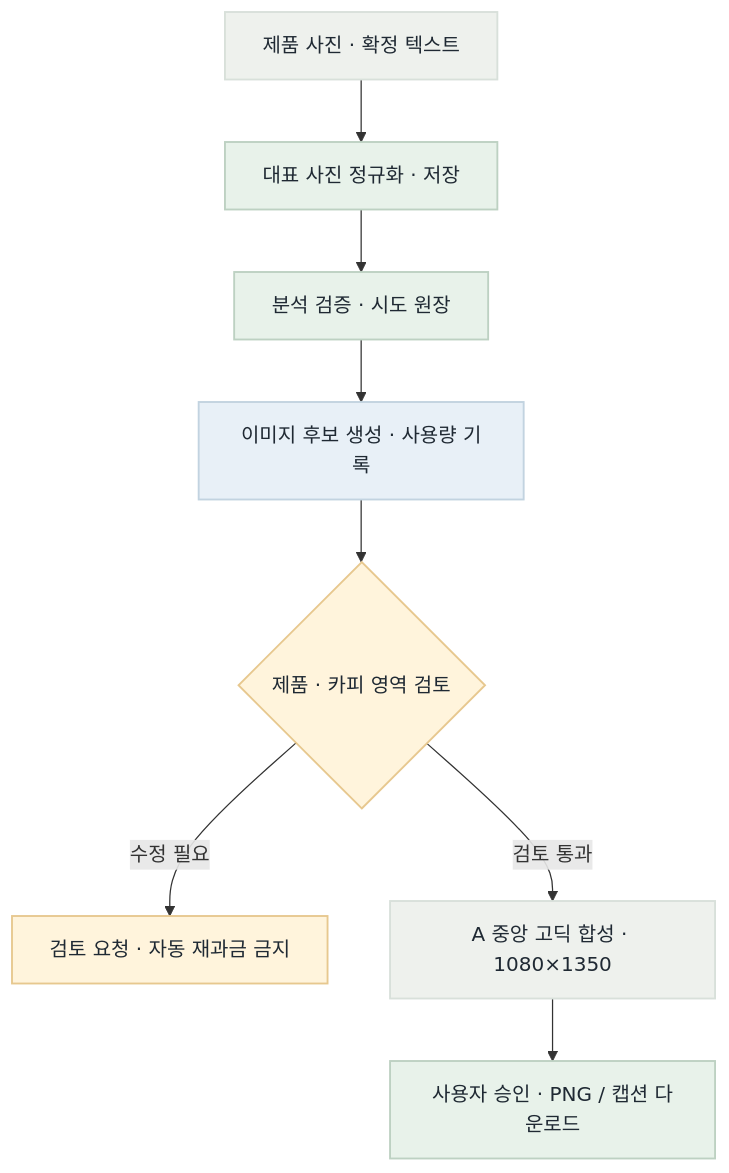
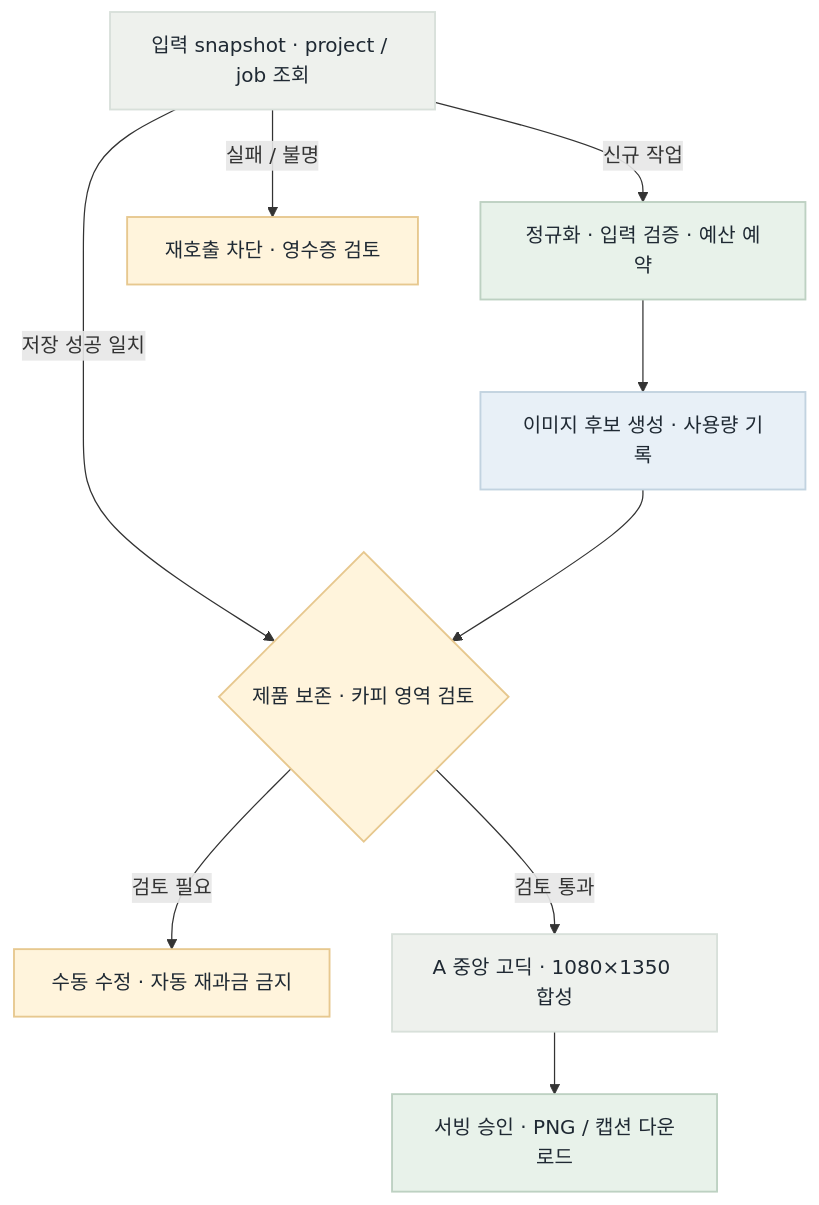
Before and after one commit to uyt5041-lab/beauty-ai-models: the first of 2 diagrams in fivecircles/architecture/spec/image-mvp-relay-flow-20261030.md, drawn with Mermaid. The commit also changed other lines of this file and 17 other files, not shown here.

````diff
--- a/fivecircles/architecture/spec/image-mvp-relay-flow-20261030.md
+++ b/fivecircles/architecture/spec/image-mvp-relay-flow-20261030.md
@@ -7,15 +7,17 @@
 ```mermaid
 flowchart TD
- U["제품 사진 · 확정 텍스트"]:::gray --> N["대표 사진 정규화 · 저장"]:::green
- N --> V["분석 검증 · 시도 원장"]:::green
- V --> G["이미지 후보 생성 · 사용량 기록"]:::blue
- G --> R{"제품 · 카피 영역 검토"}:::amber
- R -->|"수정 필요"| X["검토 요청 · 자동 재과금 금지"]:::amber
- R -->|"검토 통과"| C["A 중앙 고딕 합성 · 1080×1350"]:::gray
- C --> D["사용자 승인 · PNG / 캡션 다운로드"]:::green
+ B["입력 snapshot · project / job 조회"]:::gray
+ B -->|"저장 성공 일치"| R{"제품 보존 · 카피 영역 검토"}:::amber
+ B -->|"신규 작업"| N["정규화 · 입력 검증 · 예산 예약"]:::green
+ B -->|"실패 / 불명"| X["재호출 차단 · 영수증 검토"]:::amber
+ N --> G["이미지 후보 생성 · 사용량 기록"]:::blue
+ G --> R
+ R -->|"검토 필요"| Q["수동 수정 · 자동 재과금 금지"]:::amber
+ R -->|"검토 통과"| C["A 중앙 고딕 · 1080×1350 합성"]:::gray
+ C --> D["서빙 승인 · PNG / 캡션 다운로드"]:::green
 classDef green fill:#e8f2ea,stroke:#bdd1c2,color:#1f2933,stroke-width:1.5px
 classDef blue fill:#e8f0f7,stroke:#c2d3e0,color:#1f2933,stroke-width:1.5px
 classDef amber fill:#fff4dc,stroke:#e7c88f,color:#1f2933,stroke-width:1.5px
 classDef red fill:#fde9e6,stroke:#e8bab5,color:#1f2933,stroke-width:1.5px
 classDef gray fill:#eef1ed,stroke:#d8e0da,color:#1f2933,stroke-width:1.5px
 ```
````
